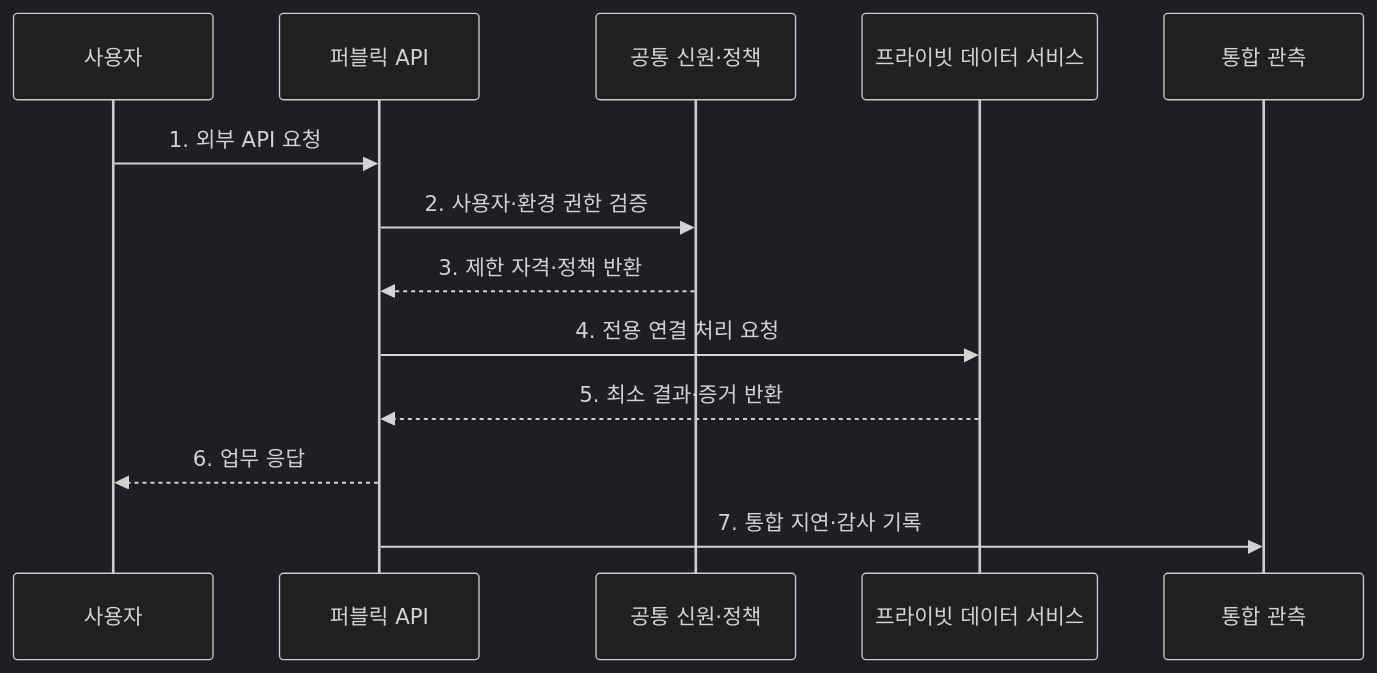
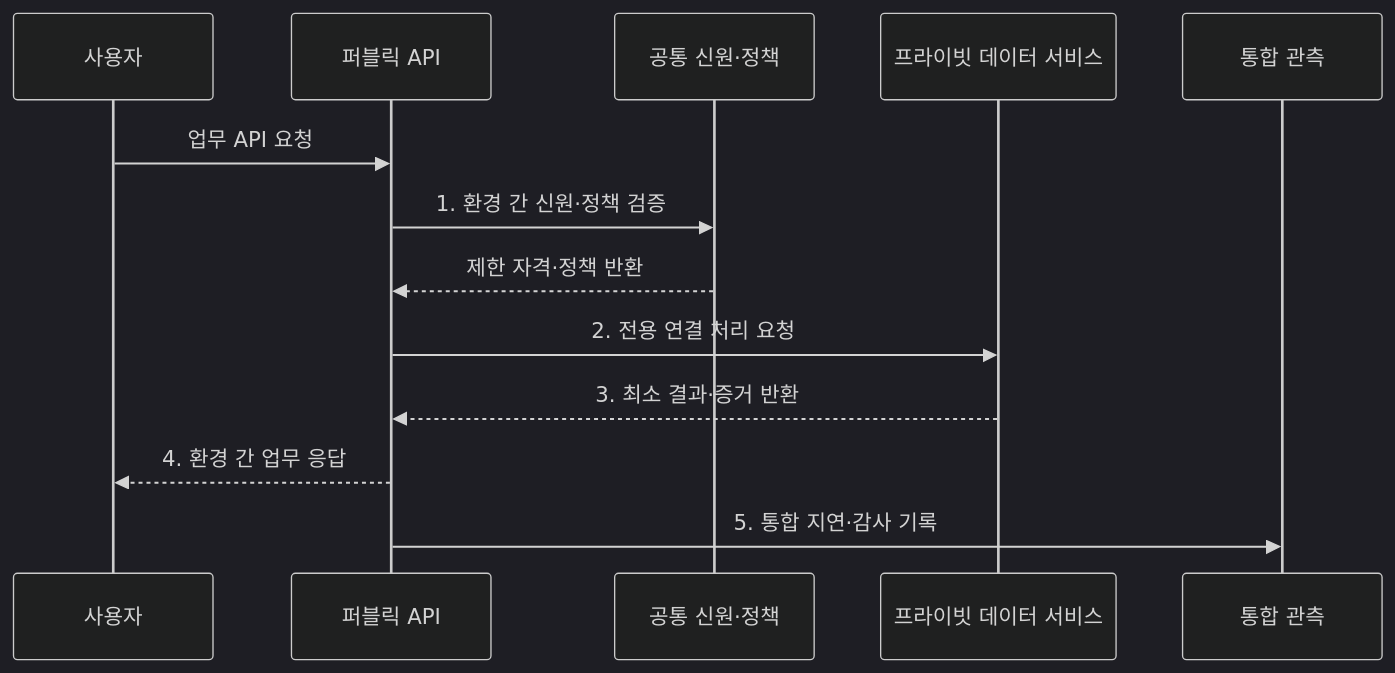
The second of 2 diagrams in src/content/docs/notes/03-software/142_cloud_deployment_models.md (agnusdei1207/knowledge-base), drawn with Mermaid (dark theme) before and after one commit. The commit also changed other lines of this file and 238 other files, not shown here.

````diff
--- a/src/content/docs/notes/03-software/142_cloud_deployment_models.md
+++ b/src/content/docs/notes/03-software/142_cloud_deployment_models.md
@@ -80,15 +80,15 @@
 ```mermaid
 sequenceDiagram
     participant U as 사용자
     participant P as 퍼블릭 API
     participant I as 공통 신원·정책
     participant R as 프라이빗 데이터 서비스
     participant O as 통합 관측
-    U->>P: 1. 외부 API 요청
-    P->>I: 2. 사용자·환경 권한 검증
-    I-->>P: 3. 제한 자격·정책 반환
-    P->>R: 4. 전용 연결 처리 요청
-    R-->>P: 5. 최소 결과·증거 반환
-    P-->>U: 6. 업무 응답
-    P->>O: 7. 통합 지연·감사 기록
+    U->>P: 업무 API 요청
+    P->>I: 1. 환경 간 신원·정책 검증
+    I-->>P: 제한 자격·정책 반환
+    P->>R: 2. 전용 연결 처리 요청
+    R-->>P: 3. 최소 결과·증거 반환
+    P-->>U: 4. 환경 간 업무 응답
+    P->>O: 5. 통합 지연·감사 기록
 ```
````
